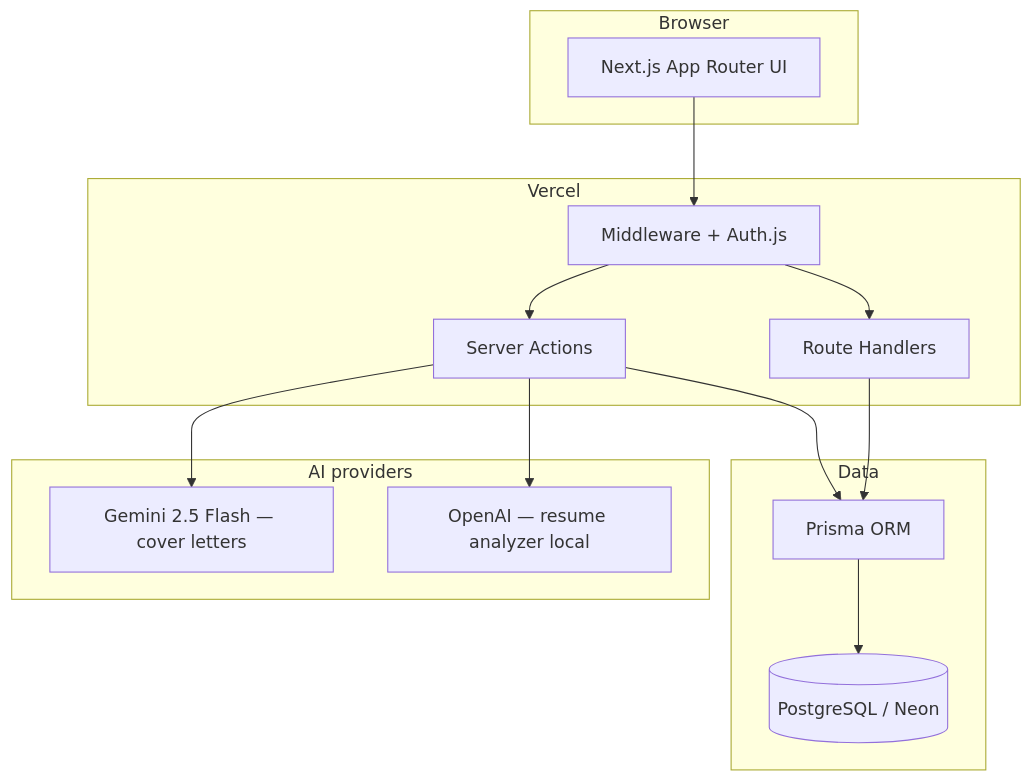
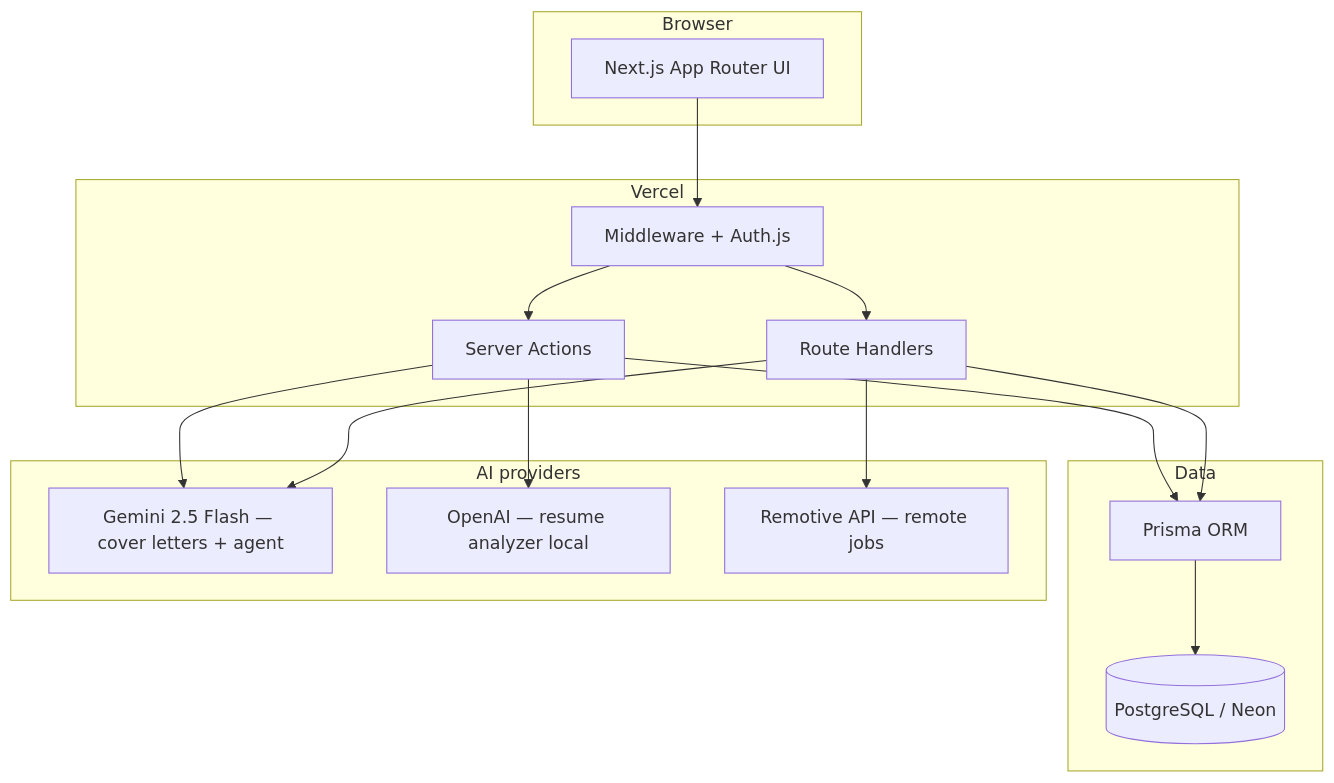
One commit to ahmedmustaf103-dot/jobtracker-ai changed the diagram in README.md. Above: the diagram before and after it, drawn with Mermaid. The commit also changed other lines of this file and 14 other files, not shown here.

````diff
--- a/README.md
+++ b/README.md
@@ -58,31 +58,34 @@
 ```mermaid
 flowchart TB
   subgraph client [Browser]
     UI[Next.js App Router UI]
   end
 
   subgraph vercel [Vercel]
     SA[Server Actions]
     API[Route Handlers]
     MW[Middleware + Auth.js]
   end
 
   subgraph data [Data]
     PG[(PostgreSQL / Neon)]
     Prisma[Prisma ORM]
   end
 
   subgraph ai [AI providers]
-    Gemini[Gemini 2.5 Flash — cover letters]
+    Gemini[Gemini 2.5 Flash — cover letters + agent]
     OpenAI[OpenAI — resume analyzer local]
+    Remotive[Remotive API — remote jobs]
   end
 
   UI --> MW
   MW --> SA
   MW --> API
   SA --> Prisma
   API --> Prisma
   Prisma --> PG
   SA --> Gemini
   SA --> OpenAI
+  API --> Gemini
+  API --> Remotive
 ```
````
